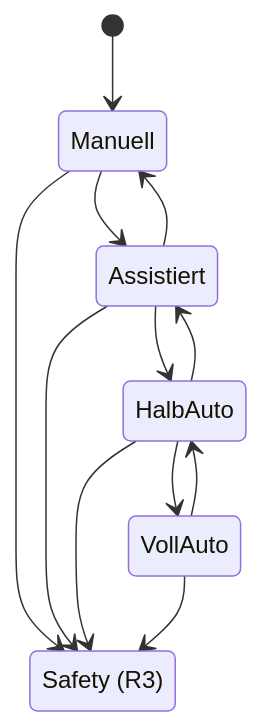
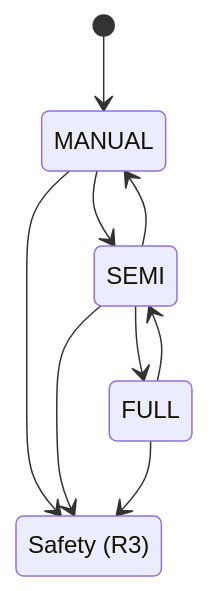
The diagram in docs/architecture/06_runtime_view/0607_autonomy_levels.md (bitgrid-research/BitGridAI), drawn with Mermaid before and after one commit. The commit also changed other lines of this file and 40 other files, not shown here.

````diff
--- a/docs/architecture/06_runtime_view/0607_autonomy_levels.md
+++ b/docs/architecture/06_runtime_view/0607_autonomy_levels.md
@@ -80,17 +70,14 @@
 ```mermaid
 stateDiagram-v2
-    [*] --> Manuell
-    Manuell --> Assistiert
-    Assistiert --> HalbAuto
-    HalbAuto --> VollAuto
+    [*] --> MANUAL
+    MANUAL --> SEMI
+    SEMI --> FULL
 
-    VollAuto --> HalbAuto
-    HalbAuto --> Assistiert
-    Assistiert --> Manuell
+    FULL --> SEMI
+    SEMI --> MANUAL
 
     state "Safety (R3)" as Safety
-    Manuell --> Safety
-    Assistiert --> Safety
-    HalbAuto --> Safety
-    VollAuto --> Safety
+    MANUAL --> Safety
+    SEMI --> Safety
+    FULL --> Safety
 ```
````
